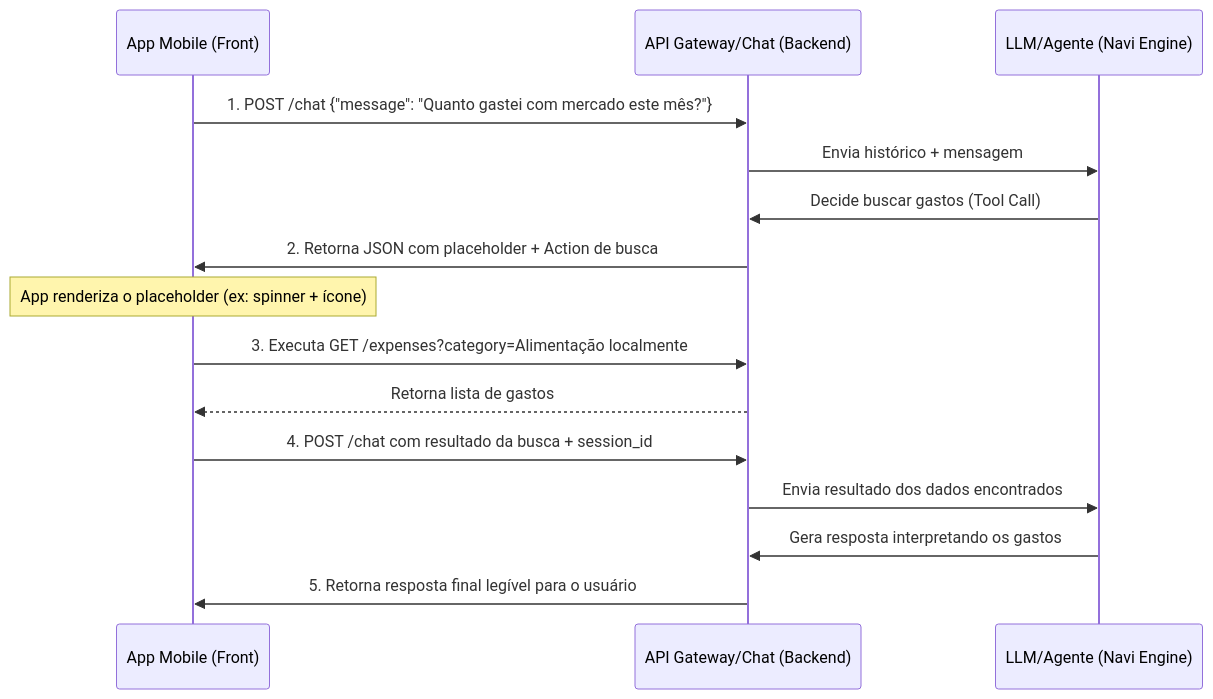
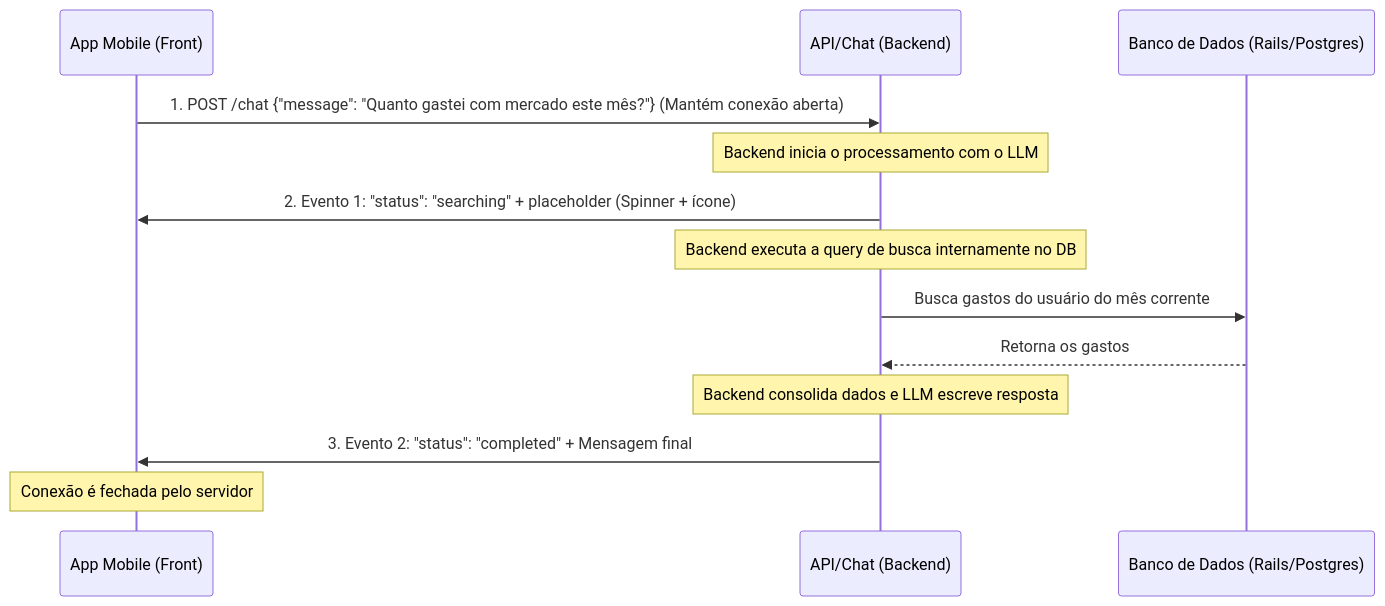
The diagram in docs/backend/chat-agent-loop-endpoint.md (NavesDev/Navi), drawn with Mermaid before and after one commit. The commit also changed other lines of this file, not shown here.

Commit message:
docs: adjust chat documentation to server-side streaming with 2-event limit

````diff
--- a/docs/backend/chat-agent-loop-endpoint.md
+++ b/docs/backend/chat-agent-loop-endpoint.md
@@ -21,18 +25,16 @@
 ```mermaid
 sequenceDiagram
     participant App as App Mobile (Front)
-    participant API as API Gateway/Chat (Backend)
-    participant LLM as LLM/Agente (Navi Engine)
+    participant API as API/Chat (Backend)
+    participant DB as Banco de Dados (Rails/Postgres)
 
-    App->>API: 1. POST /chat {"message": "Quanto gastei com mercado este mês?"}
-    API->>LLM: Envia histórico + mensagem
-    LLM->>API: Decide buscar gastos (Tool Call)
-    API->>App: 2. Retorna JSON com placeholder + Action de busca
-    Note over App: App renderiza o placeholder (ex: spinner + ícone)
-    App->>API: 3. Executa GET /expenses?category=Alimentação localmente
-    API-->>App: Retorna lista de gastos
-    App->>API: 4. POST /chat com resultado da busca + session_id
-    API->>LLM: Envia resultado dos dados encontrados
-    LLM->>API: Gera resposta interpretando os gastos
-    API->>App: 5. Retorna resposta final legível para o usuário
+    App->>API: 1. POST /chat {"message": "Quanto gastei com mercado este mês?"} (Mantém conexão aberta)
+    Note over API: Backend inicia o processamento com o LLM
+    API->>App: 2. Evento 1: "status": "searching" + placeholder (Spinner + ícone)
+    Note over API: Backend executa a query de busca internamente no DB
+    API->>DB: Busca gastos do usuário do mês corrente
+    DB-->>API: Retorna os gastos
+    Note over API: Backend consolida dados e LLM escreve resposta
+    API->>App: 3. Evento 2: "status": "completed" + Mensagem final
+    Note over App: Conexão é fechada pelo servidor
 ```
````
